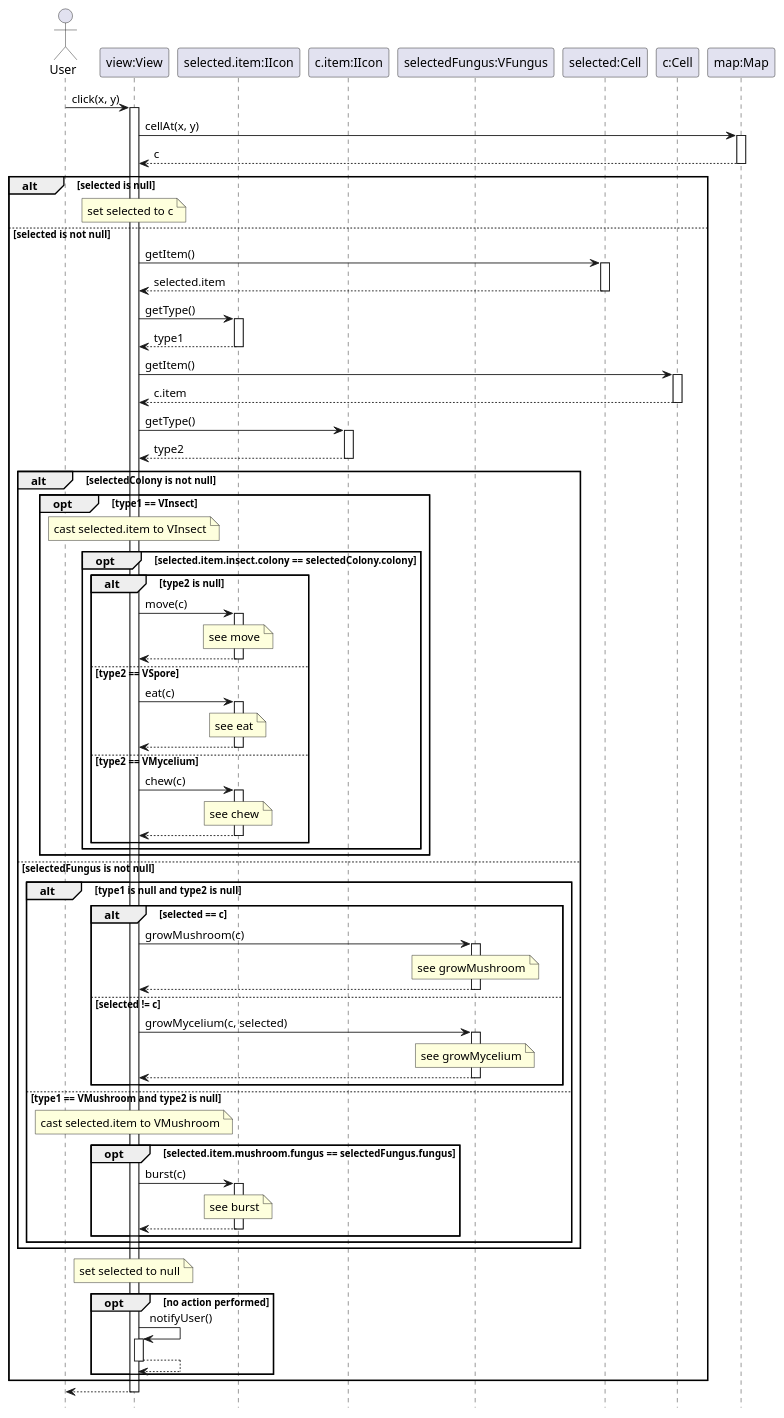
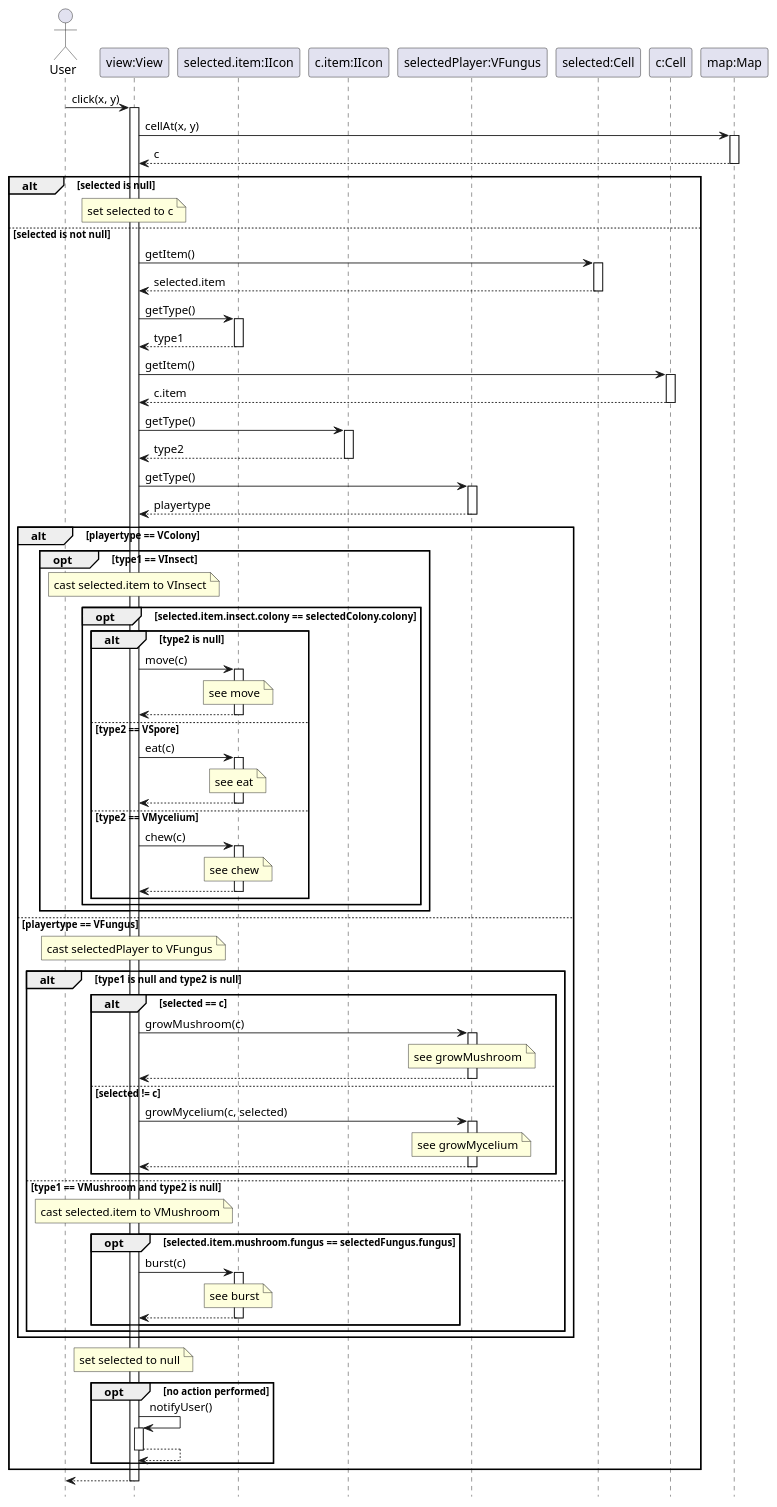
Before and after one commit to ZD4ve/projlab-error521: the diagram in GuiPlan/actions/click.puml, drawn with PlantUML. The commit also changed 1 other file, not shown here.

```diff
--- a/GuiPlan/actions/click.puml
+++ b/GuiPlan/actions/click.puml
@@ -1,91 +1,95 @@
 @startuml click
 hide footbox
 
 
 actor User 
 participant "view:View" as view
 participant "selected.item:IIcon" as selectedItem
 participant "c.item:IIcon" as cItem
-participant "selectedFungus:VFungus" as selectedFungus
+participant "selectedPlayer:VFungus" as selectedFungus
 participant "selected:Cell" as selected
 participant "c:Cell" as c
 participant "map:Map" as map
 
 'TODO add notifyUser when nothing happens
 
 'TODO ez a hívás honnan jön?
 User -> view : click(x, y)
 activate view
 view -> map : cellAt(x, y)
 activate map
 return c
 alt selected is null
     note over view : set selected to c
 else selected is not null
     view -> selected : getItem()
     activate selected
     return selected.item
     view -> selectedItem : getType()
     activate selectedItem
     return type1
     view -> c : getItem()
     activate c
     return c.item
     view -> cItem : getType()
     activate cItem
     return type2
-    alt selectedColony is not null
+    view -> selectedFungus : getType()
+    activate selectedFungus
+    return playertype
+    alt playertype == VColony
         opt type1 == VInsect
             note over view : cast selected.item to VInsect 
             ' itt néhány hívást lespóroltam, de be lehet rakni ha muszáj
             opt selected.item.insect.colony == selectedColony.colony
                 alt type2 is null
                     view -> selectedItem : move(c)
                     activate selectedItem
                     note over selectedItem : see move
                     return
                 else type2 == VSpore
                     view -> selectedItem : eat(c)
                     activate selectedItem
                     note over selectedItem : see eat
                     return
                 else type2 == VMycelium
                     view -> selectedItem : chew(c)
                     activate selectedItem
                     note over selectedItem : see chew
                     return
                 end
             end
         end
-    else selectedFungus is not null
+    else playertype == VFungus
+        note over view : cast selectedPlayer to VFungus
         alt type1 is null and type2 is null
             alt selected == c
                 view -> selectedFungus : growMushroom(c)
                 activate selectedFungus
                 note over selectedFungus : see growMushroom
                 return
             else selected != c
                 view -> selectedFungus : growMycelium(c, selected)
                 activate selectedFungus
                 note over selectedFungus : see growMycelium
                 return
             end
         else type1 == VMushroom and type2 is null
             note over view : cast selected.item to VMushroom
             opt selected.item.mushroom.fungus == selectedFungus.fungus
                 view -> selectedItem : burst(c)
                 activate selectedItem
                 note over selectedItem : see burst
                 return
             end
         end
     end
     note over view : set selected to null
     opt no action performed
         view -> view : notifyUser()
         activate view
         return
     end
 end
 return
 @enduml
```
